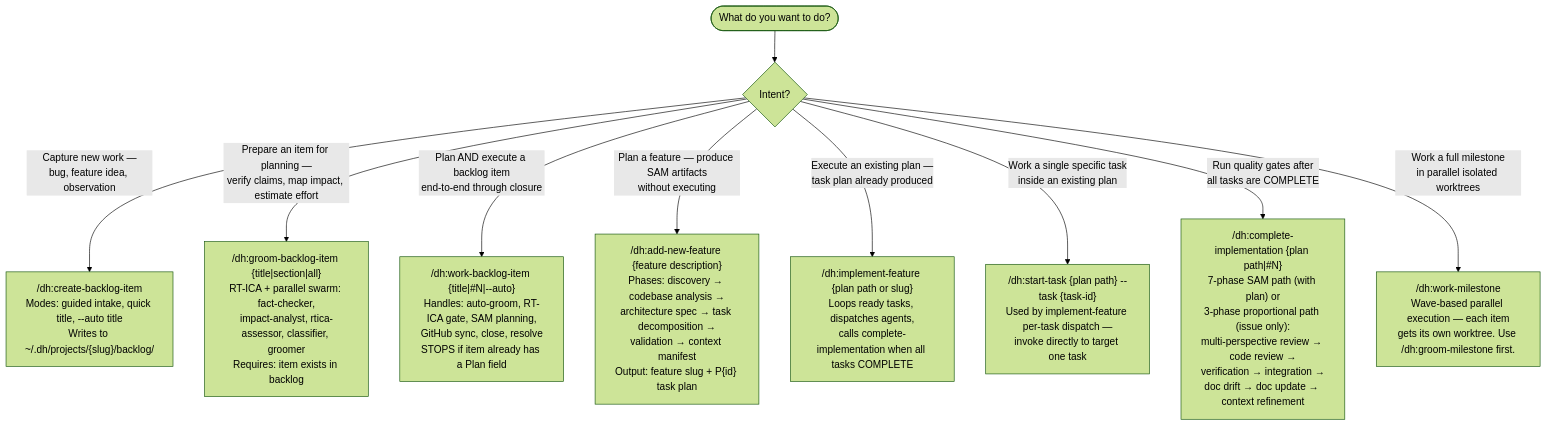
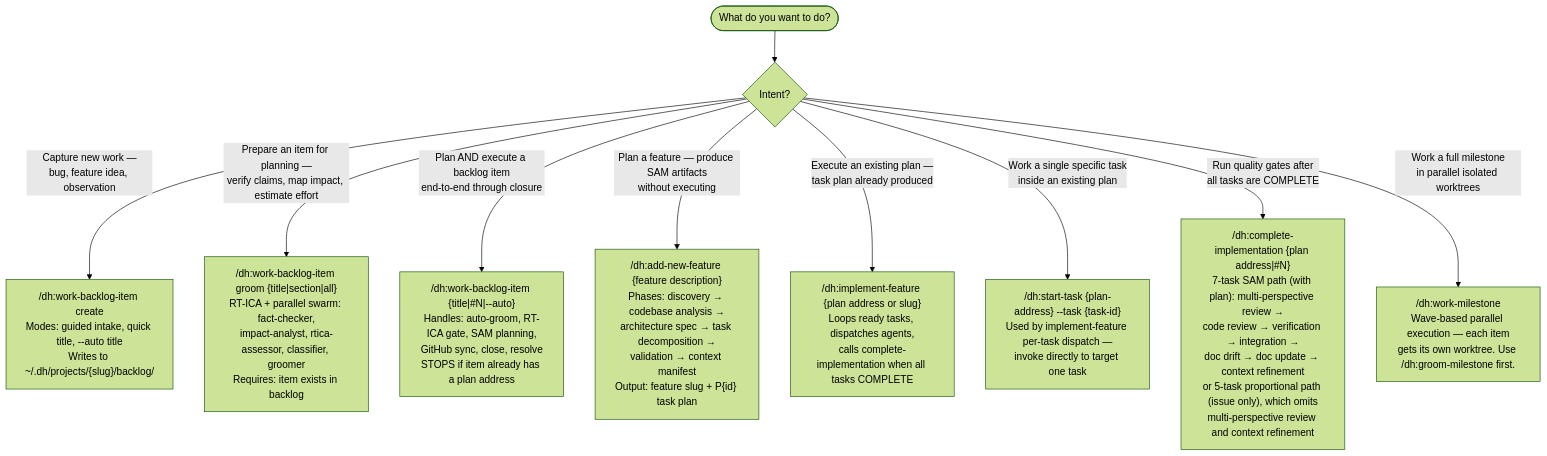
One commit to Jamie-BitFlight/claude_skills changed the first of 2 diagrams in plugins/development-harness/skills/development-harness/SKILL.md. Above: the diagram before and after it, drawn with Mermaid (forest theme). The commit also changed other lines of this file and 358 other files, not shown here.

First line of the commit message:
fix(dh): gate task completion on the worker's report, plus drift guards (#3427)

````diff
--- a/plugins/development-harness/skills/development-harness/SKILL.md
+++ b/plugins/development-harness/skills/development-harness/SKILL.md
@@ -34,20 +34,20 @@
 ```mermaid
 flowchart TD
     Start([What do you want to do?]) --> Q1{Intent?}
 
-    Q1 -->|Capture new work —<br>bug, feature idea, observation| Create["/dh:create-backlog-item<br>Modes: guided intake, quick title, --auto title<br>Writes to ~/.dh/projects/{slug}/backlog/"]
+    Q1 -->|Capture new work —<br>bug, feature idea, observation| Create["/dh:work-backlog-item create<br>Modes: guided intake, quick title, --auto title<br>Writes to ~/.dh/projects/{slug}/backlog/"]
 
-    Q1 -->|Prepare an item for planning —<br>verify claims, map impact, estimate effort| Groom["/dh:groom-backlog-item {title|section|all}<br>RT-ICA + parallel swarm: fact-checker,<br>impact-analyst, rtica-assessor, classifier, groomer<br>Requires: item exists in backlog"]
+    Q1 -->|Prepare an item for planning —<br>verify claims, map impact, estimate effort| Groom["/dh:work-backlog-item groom {title|section|all}<br>RT-ICA + parallel swarm: fact-checker,<br>impact-analyst, rtica-assessor, classifier, groomer<br>Requires: item exists in backlog"]
 
-    Q1 -->|Plan AND execute a backlog item<br>end-to-end through closure| Work["/dh:work-backlog-item {title|#N|--auto}<br>Handles: auto-groom, RT-ICA gate, SAM planning,<br>GitHub sync, close, resolve<br>STOPS if item already has a Plan field"]
+    Q1 -->|Plan AND execute a backlog item<br>end-to-end through closure| Work["/dh:work-backlog-item {title|#N|--auto}<br>Handles: auto-groom, RT-ICA gate, SAM planning,<br>GitHub sync, close, resolve<br>STOPS if item already has a plan address"]
 
     Q1 -->|Plan a feature — produce SAM artifacts<br>without executing| Plan["/dh:add-new-feature {feature description}<br>Phases: discovery → codebase analysis →<br>architecture spec → task decomposition →<br>validation → context manifest<br>Output: feature slug + P{id} task plan"]
 
-    Q1 -->|Execute an existing plan —<br>task plan already produced| Execute["/dh:implement-feature {plan path or slug}<br>Loops ready tasks, dispatches agents,<br>calls complete-implementation when all tasks COMPLETE"]
+    Q1 -->|Execute an existing plan —<br>task plan already produced| Execute["/dh:implement-feature {plan address or slug}<br>Loops ready tasks, dispatches agents,<br>calls complete-implementation when all tasks COMPLETE"]
 
-    Q1 -->|Work a single specific task<br>inside an existing plan| Single["/dh:start-task {plan path} --task {task-id}<br>Used by implement-feature per-task dispatch —<br>invoke directly to target one task"]
+    Q1 -->|Work a single specific task<br>inside an existing plan| Single["/dh:start-task {plan-address} --task {task-id}<br>Used by implement-feature per-task dispatch —<br>invoke directly to target one task"]
 
-    Q1 -->|Run quality gates after<br>all tasks are COMPLETE| QG["/dh:complete-implementation {plan path|#N}<br>7-phase SAM path (with plan) or<br>3-phase proportional path (issue only):<br>multi-perspective review → code review →<br>verification → integration →<br>doc drift → doc update → context refinement"]
+    Q1 -->|Run quality gates after<br>all tasks are COMPLETE| QG["/dh:complete-implementation {plan address|#N}<br>7-task SAM path (with plan): multi-perspective review →<br>code review → verification → integration →<br>doc drift → doc update → context refinement<br>or 5-task proportional path (issue only), which omits<br>multi-perspective review and context refinement"]
 
     Q1 -->|Work a full milestone<br>in parallel isolated worktrees| Milestone["/dh:work-milestone<br>Wave-based parallel execution — each item<br>gets its own worktree. Use /dh:groom-milestone first."]
 ```
````
